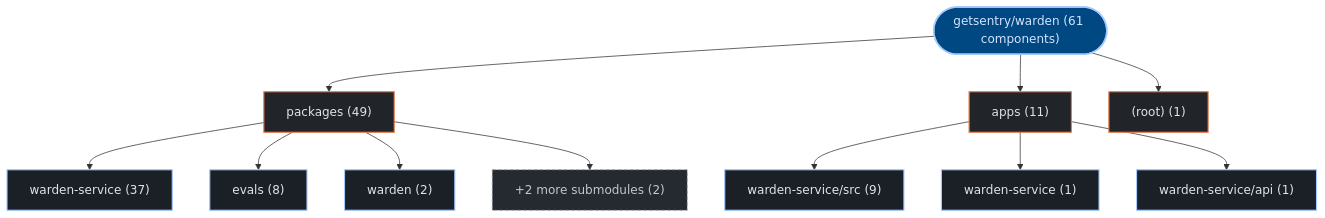
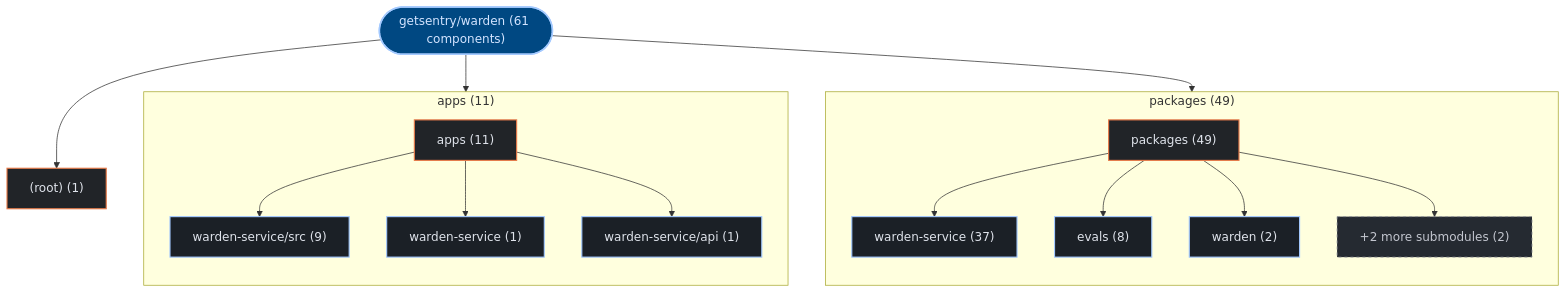
The first of 3 diagrams in exports/latest/reports/getsentry-warden-report.md (kumarshaz/atruss-code-atlas), drawn with Mermaid before and after one commit. The commit also changed 178 other files, not shown here.

Commit message:
feat(ui,mermaid): upgrade to mermaid v12 + ELK layout, add orgs-summary + pagination, subgraph building blocks, fix tab alignment

````diff
--- a/exports/latest/reports/getsentry-warden-report.md
+++ b/exports/latest/reports/getsentry-warden-report.md
@@ -42,31 +42,37 @@
 ```mermaid
 graph TD;
   classDef atlasRoot fill:#004882,stroke:#a3c9ff,stroke-width:2px,color:#d3e4ff
   classDef atlasCategory fill:#212428,stroke:#E87A48,stroke-width:1.5px,color:#dfe3eb
   classDef atlasWorkflow fill:#1b2026,stroke:#a3c9ff,stroke-width:1.5px,color:#dfe3eb
   classDef atlasJob fill:#171c22,stroke:#8d9199,stroke-width:1px,color:#dfe3eb
   classDef atlasTarget fill:#005227,stroke:#8bd99b,stroke-width:1.5px,color:#a7f6b6
   classDef atlasAlert fill:#93000a,stroke:#ffb4ab,stroke-width:1.5px,color:#ffdad6
   classDef atlasMore fill:#252a31,stroke:#8d9199,stroke-dasharray:4 4,color:#c3c6cf
     repo_root(["getsentry/warden (61 components)"]):::atlasRoot
-    dir_0_packages["packages (49)"]:::atlasCategory
+    subgraph sg_dir_0_packages["packages (49)"]
+      direction TB
+      dir_0_packages["packages (49)"]:::atlasCategory
+      sub_0_0_warden_service["warden-service (37)"]:::atlasWorkflow
+      dir_0_packages --> sub_0_0_warden_service
+      sub_0_1_evals["evals (8)"]:::atlasWorkflow
+      dir_0_packages --> sub_0_1_evals
+      sub_0_2_warden["warden (2)"]:::atlasWorkflow
+      dir_0_packages --> sub_0_2_warden
+      sub_0_more["+2 more submodules (2)"]:::atlasMore
+      dir_0_packages --> sub_0_more
+    end
     repo_root --> dir_0_packages
-    sub_0_0_warden_service["warden-service (37)"]:::atlasWorkflow
-    dir_0_packages --> sub_0_0_warden_service
-    sub_0_1_evals["evals (8)"]:::atlasWorkflow
-    dir_0_packages --> sub_0_1_evals
-    sub_0_2_warden["warden (2)"]:::atlasWorkflow
-    dir_0_packages --> sub_0_2_warden
-    sub_0_more["+2 more submodules (2)"]:::atlasMore
-    dir_0_packages --> sub_0_more
-    dir_1_apps["apps (11)"]:::atlasCategory
+    subgraph sg_dir_1_apps["apps (11)"]
+      direction TB
+      dir_1_apps["apps (11)"]:::atlasCategory
+      sub_1_0_warden_service_src["warden-service/src (9)"]:::atlasWorkflow
+      dir_1_apps --> sub_1_0_warden_service_src
+      sub_1_1_warden_service["warden-service (1)"]:::atlasWorkflow
+      dir_1_apps --> sub_1_1_warden_service
+      sub_1_2_warden_service_api["warden-service/api (1)"]:::atlasWorkflow
+      dir_1_apps --> sub_1_2_warden_service_api
+    end
     repo_root --> dir_1_apps
-    sub_1_0_warden_service_src["warden-service/src (9)"]:::atlasWorkflow
-    dir_1_apps --> sub_1_0_warden_service_src
-    sub_1_1_warden_service["warden-service (1)"]:::atlasWorkflow
-    dir_1_apps --> sub_1_1_warden_service
-    sub_1_2_warden_service_api["warden-service/api (1)"]:::atlasWorkflow
-    dir_1_apps --> sub_1_2_warden_service_api
     dir_2__root_["(root) (1)"]:::atlasCategory
     repo_root --> dir_2__root_
 ```
````
